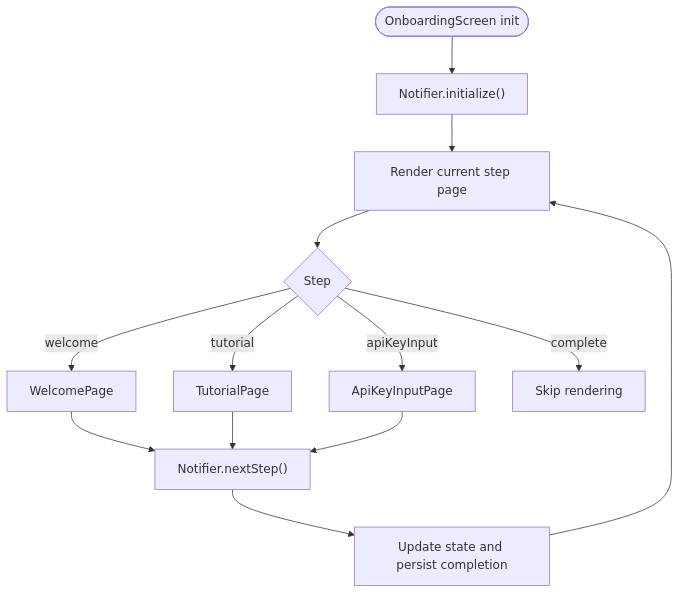
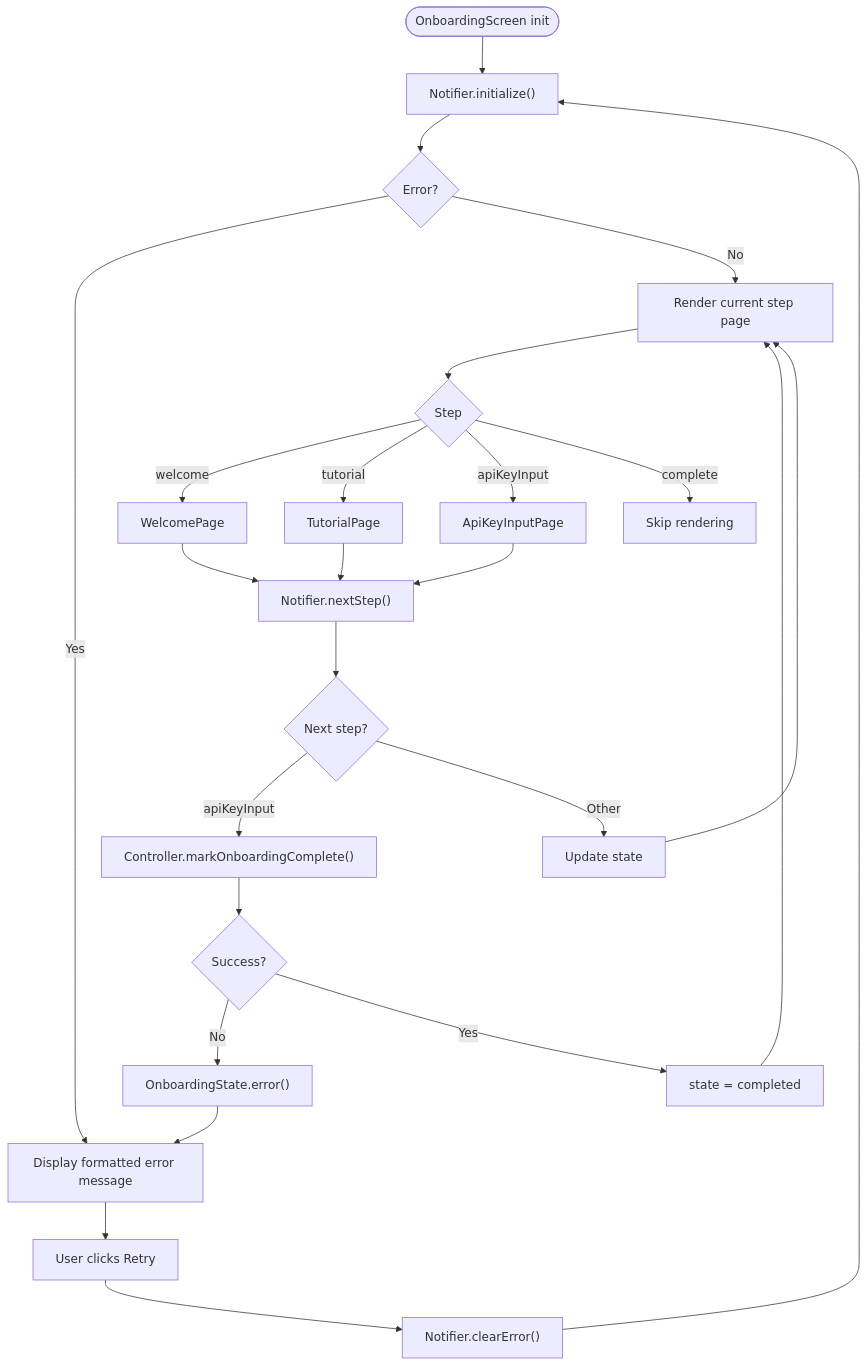
One commit to JAaron93/StyleSync changed the sixth of 8 diagrams in .qoder/repowiki/en/content/Core Services/Onboarding Controller.md. Above: the diagram before and after it, drawn with Mermaid. The commit also changed other lines of this file and 36 other files, not shown here.

````diff
--- a/.qoder/repowiki/en/content/Core Services/Onboarding Controller.md
+++ b/.qoder/repowiki/en/content/Core Services/Onboarding Controller.md
@@ -271,15 +339,27 @@
 ```mermaid
 flowchart TD
 Start(["OnboardingScreen init"]) --> Init["Notifier.initialize()"]
-Init --> Render["Render current step page"]
+Init --> CheckError{"Error?"}
+CheckError --> |Yes| ErrorUI["Display formatted error message"]
+ErrorUI --> Retry["User clicks Retry"]
+Retry --> ClearError["Notifier.clearError()"]
+ClearError --> Init
+CheckError --> |No| Render["Render current step page"]
 Render --> Step{"Step"}
 Step --> |welcome| Welcome["WelcomePage"]
 Step --> |tutorial| Tutorial["TutorialPage"]
 Step --> |apiKeyInput| ApiKey["ApiKeyInputPage"]
 Step --> |complete| Complete["Skip rendering"]
 Welcome --> Next["Notifier.nextStep()"]
 Tutorial --> Next
 ApiKey --> Next
-Next --> Update["Update state and persist completion"]
+Next --> CheckNext{"Next step?"}
+CheckNext --> |apiKeyInput| Persist["Controller.markOnboardingComplete()"]
+Persist --> CheckPersist{"Success?"}
+CheckPersist --> |No| PersistError["OnboardingState.error()"]
+PersistError --> ErrorUI
+CheckPersist --> |Yes| CompleteState["state = completed"]
+CheckNext --> |Other| Update["Update state"]
+CompleteState --> Render
 Update --> Render
 ```
````
